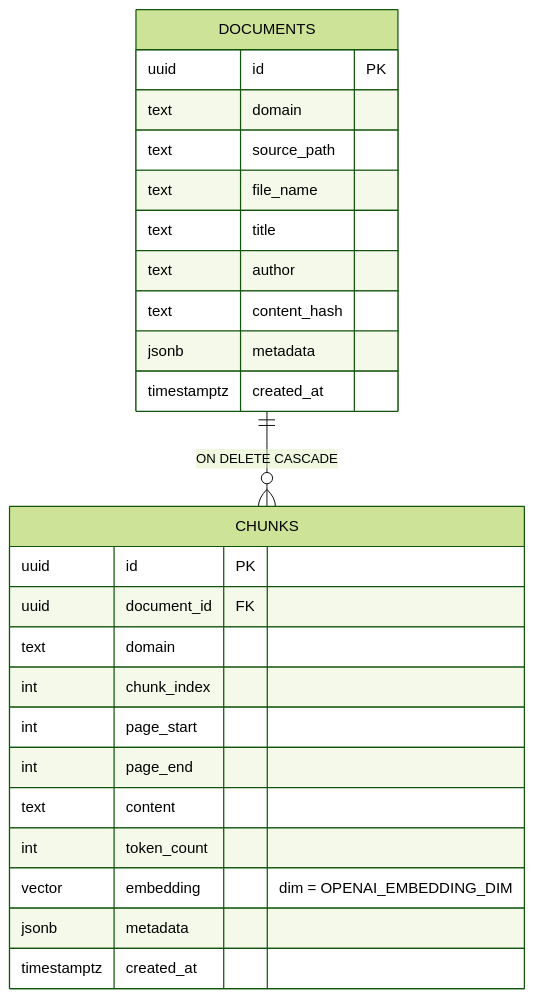
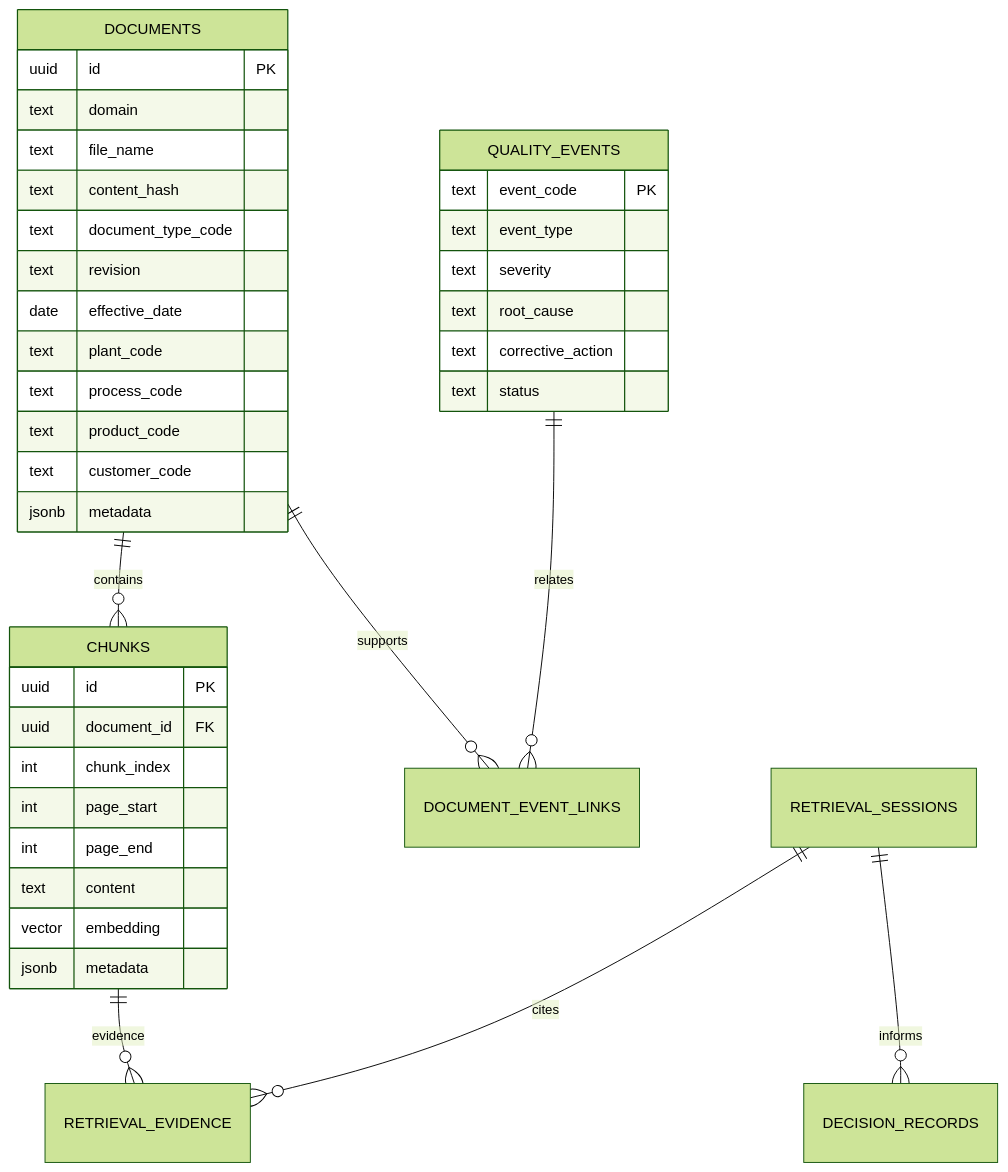
Before and after one commit to fjgonzalezmgt/RAG_QA: the second of 2 diagrams in README.md, drawn with Mermaid (forest theme). The commit also changed other lines of this file and 11 other files, not shown here.

````diff
--- a/README.md
+++ b/README.md
@@ -259,28 +141,42 @@
 ```mermaid
 erDiagram
-    DOCUMENTS ||--o{ CHUNKS : "ON DELETE CASCADE"
+    DOCUMENTS ||--o{ CHUNKS : contains
+    DOCUMENTS ||--o{ DOCUMENT_EVENT_LINKS : supports
+    QUALITY_EVENTS ||--o{ DOCUMENT_EVENT_LINKS : relates
+    RETRIEVAL_SESSIONS ||--o{ RETRIEVAL_EVIDENCE : cites
+    CHUNKS ||--o{ RETRIEVAL_EVIDENCE : evidence
+    RETRIEVAL_SESSIONS ||--o{ DECISION_RECORDS : informs
+
     DOCUMENTS {
         uuid id PK
         text domain
-        text source_path
         text file_name
-        text title
-        text author
         text content_hash
+        text document_type_code
+        text revision
+        date effective_date
+        text plant_code
+        text process_code
+        text product_code
+        text customer_code
         jsonb metadata
-        timestamptz created_at
     }
     CHUNKS {
         uuid id PK
         uuid document_id FK
-        text domain
         int chunk_index
         int page_start
         int page_end
         text content
-        int token_count
-        vector embedding "dim = OPENAI_EMBEDDING_DIM"
+        vector embedding
         jsonb metadata
-        timestamptz created_at
+    }
+    QUALITY_EVENTS {
+        text event_code PK
+        text event_type
+        text severity
+        text root_cause
+        text corrective_action
+        text status
     }
 ```
````
